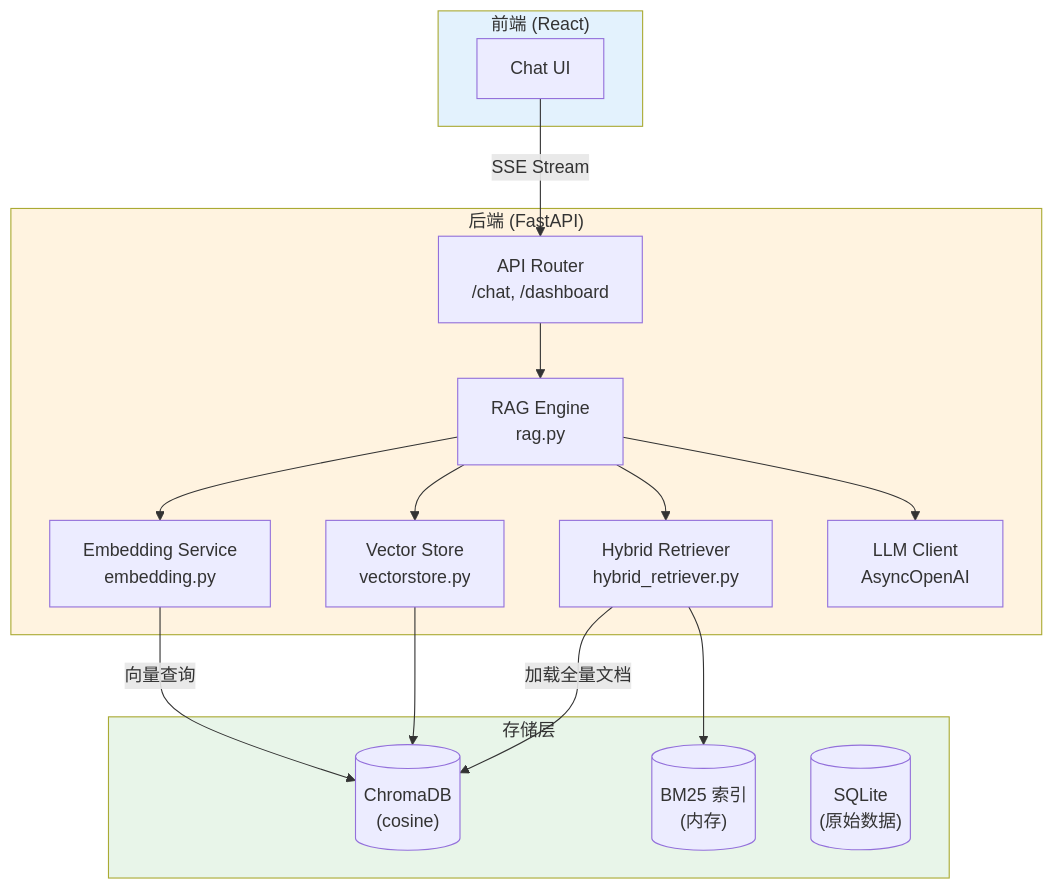
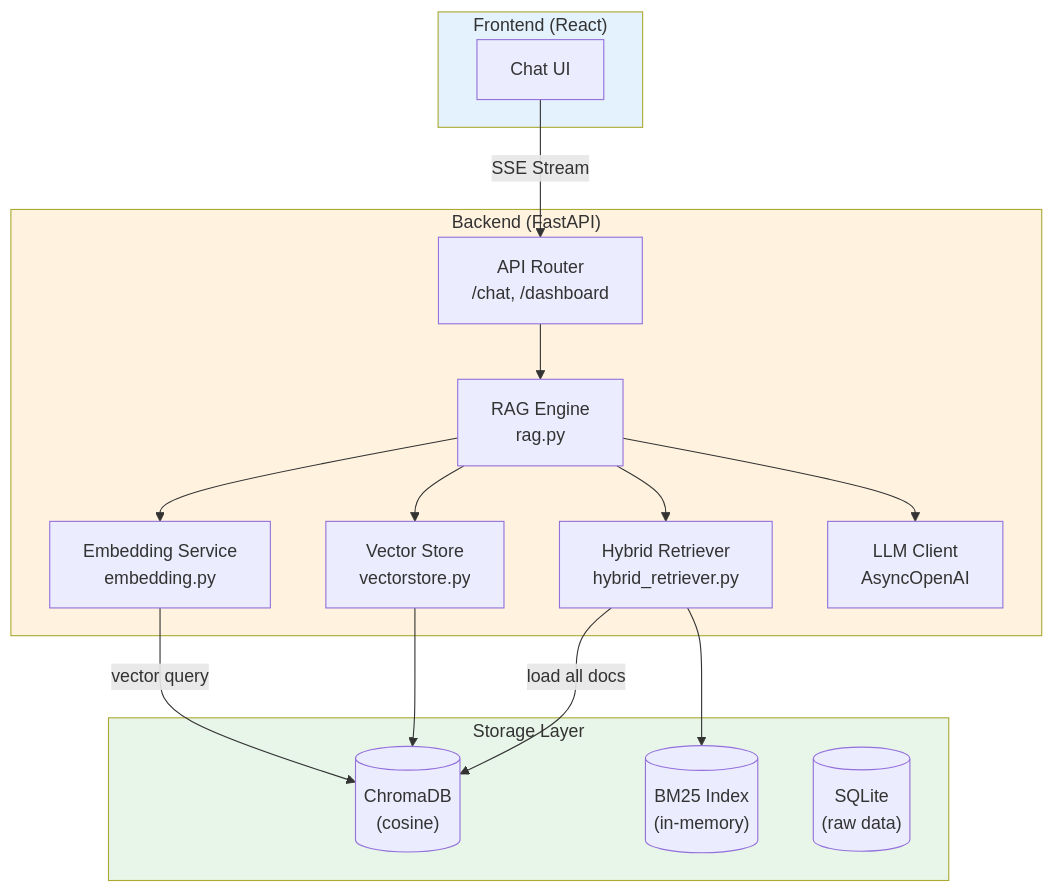
The third of 3 diagrams in docs/docs/rag/overview.mdx (XUranus/dungeon), drawn with Mermaid before and after one commit. The commit also changed other lines of this file and 75 other files, not shown here.

````diff
--- a/docs/docs/rag/overview.mdx
+++ b/docs/docs/rag/overview.mdx
@@ -143,36 +148,36 @@
 ```mermaid
 flowchart TB
-    subgraph Frontend["前端 (React)"]
+    subgraph Frontend["Frontend (React)"]
         UI["Chat UI"]
     end
 
-    subgraph Backend["后端 (FastAPI)"]
+    subgraph Backend["Backend (FastAPI)"]
         Router["API Router\n/chat, /dashboard"]
         RAG["RAG Engine\nrag.py"]
         EmbedSvc["Embedding Service\nembedding.py"]
         VectorStore["Vector Store\nvectorstore.py"]
         HybridRet["Hybrid Retriever\nhybrid_retriever.py"]
         LLM["LLM Client\nAsyncOpenAI"]
     end
 
-    subgraph Storage["存储层"]
+    subgraph Storage["Storage Layer"]
         ChromaDB[("ChromaDB\n(cosine)")]
-        BM25Mem[("BM25 索引\n(内存)")]
-        SQLite[("SQLite\n(原始数据)")]
+        BM25Mem[("BM25 Index\n(in-memory)")]
+        SQLite[("SQLite\n(raw data)")]
     end
 
     UI -->|"SSE Stream"| Router
     Router --> RAG
     RAG --> EmbedSvc
     RAG --> VectorStore
     RAG --> HybridRet
     RAG --> LLM
-    EmbedSvc -->|"向量查询"| ChromaDB
+    EmbedSvc -->|"vector query"| ChromaDB
     VectorStore --> ChromaDB
-    HybridRet -->|"加载全量文档"| ChromaDB
+    HybridRet -->|"load all docs"| ChromaDB
     HybridRet --> BM25Mem
 
     style Frontend fill:#E3F2FD
     style Backend fill:#FFF3E0
     style Storage fill:#E8F5E9
 ```
````
